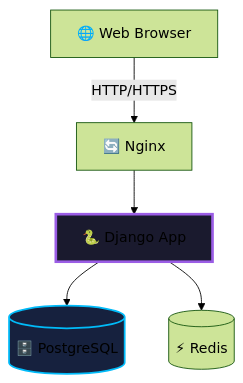
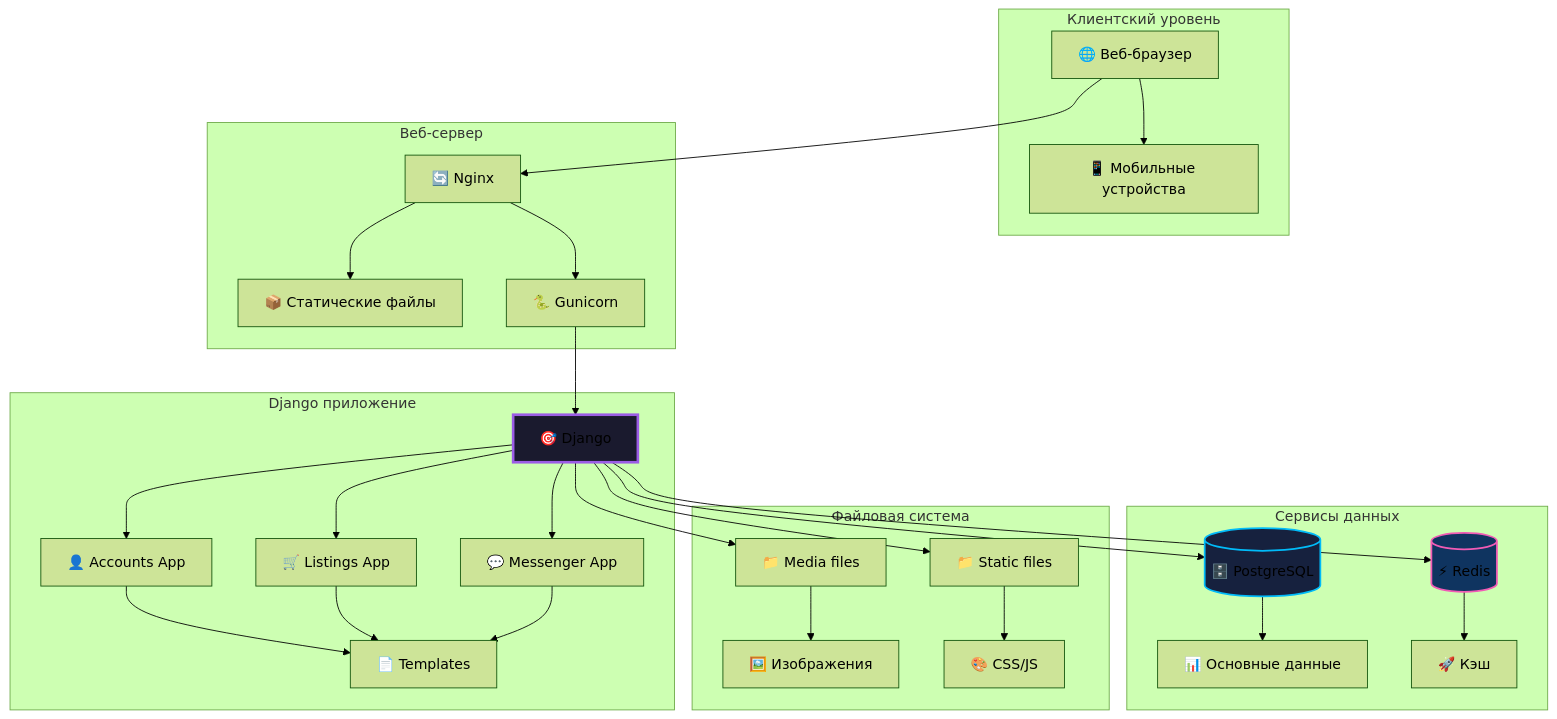
The diagram in README.md (reazonvan/LootLink---Marketplace), drawn with Mermaid (forest theme) before and after one commit. The commit also changed other lines of this file, not shown here.

````diff
--- a/README.md
+++ b/README.md
@@ -147,10 +150,42 @@
 ```mermaid
 graph TB
-    Client[🌐 Web Browser] -->|HTTP/HTTPS| LB[🔄 Nginx]
-    LB --> WSGI[🐍 Django App]
-    WSGI --> DB[(🗄️ PostgreSQL)]
-    WSGI --> Cache[(⚡ Redis)]
+    subgraph "Клиентский уровень"
+        A[🌐 Веб-браузер] --> B[📱 Мобильные устройства]
+    end
     
-    style WSGI fill:#1a1a2e,stroke:#9b5de5,stroke-width:3px
-    style DB fill:#16213e,stroke:#00bbf9,stroke-width:2px
+    subgraph "Веб-сервер"
+        C[🔄 Nginx] --> D[📦 Статические файлы]
+        C --> E[🐍 Gunicorn]
+    end
+    
+    subgraph "Django приложение"
+        F[🎯 Django] --> G[👤 Accounts App]
+        F --> H[🛒 Listings App]
+        F --> I[💬 Messenger App]
+        
+        G --> J[📄 Templates]
+        H --> J
+        I --> J
+    end
+    
+    subgraph "Сервисы данных"
+        K[(🗄️ PostgreSQL)] --> L[📊 Основные данные]
+        M[(⚡ Redis)] --> N[🚀 Кэш]
+    end
+    
+    subgraph "Файловая система"
+        O[📁 Media files] --> P[🖼️ Изображения]
+        Q[📁 Static files] --> R[🎨 CSS/JS]
+    end
+    
+    A --> C
+    E --> F
+    F --> K
+    F --> M
+    F --> O
+    F --> Q
+    
+    style F fill:#1a1a2e,stroke:#9b5de5,stroke-width:3px
+    style K fill:#16213e,stroke:#00bbf9,stroke-width:2px
+    style M fill:#0f3460,stroke:#f15bb5,stroke-width:2px
 ```
````
